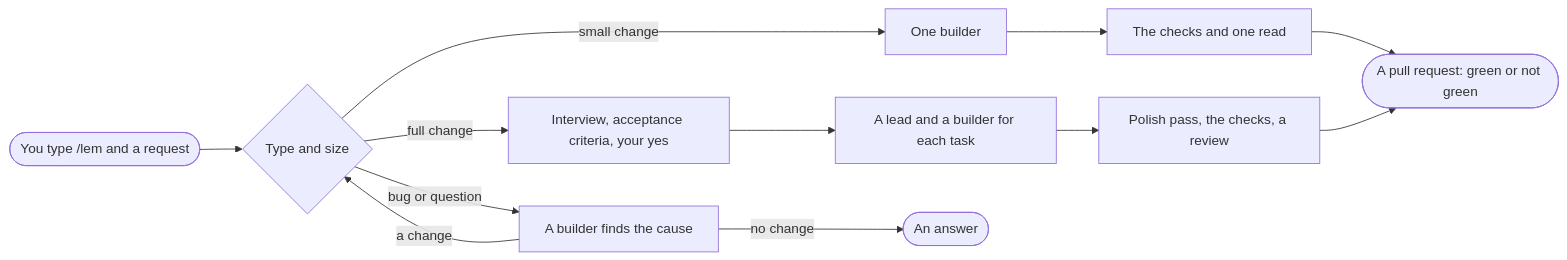
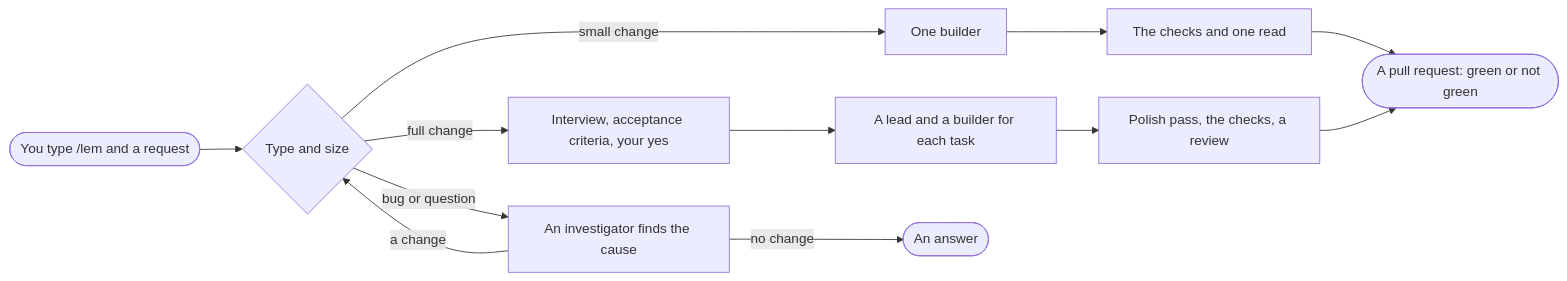
One commit to pySilver/lem changed the diagram in README.md. Above: the diagram before and after it, drawn with Mermaid. The commit also changed other lines of this file and 2 other files, not shown here.

Commit message:
docs: the diagrams and the words name the investigator and what it uses, not a builder

````diff
--- a/README.md
+++ b/README.md
@@ -48,10 +48,10 @@
 ```mermaid
 flowchart LR
     req([You type /lem and a request]) --> size{Type and size}
     size -- small change --> one[One builder] --> read[The checks and one read]
     size -- full change --> you[Interview, acceptance criteria, your yes] --> build[A lead and a builder for each task] --> full[Polish pass, the checks, a review]
-    size -- bug or question --> inv[A builder finds the cause] -- a change --> size
+    size -- bug or question --> inv[An investigator finds the cause] -- a change --> size
     inv -- no change --> ans([An answer])
     read --> pr([A pull request: green or not green])
     full --> pr
 ```
````
